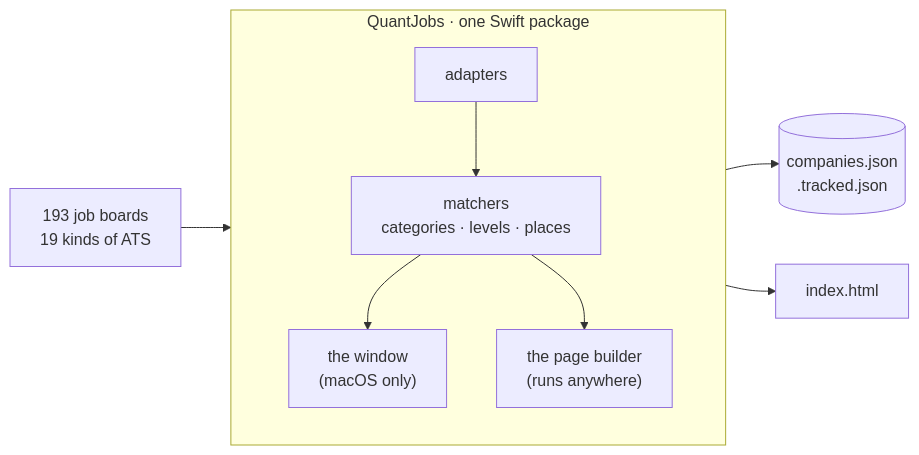
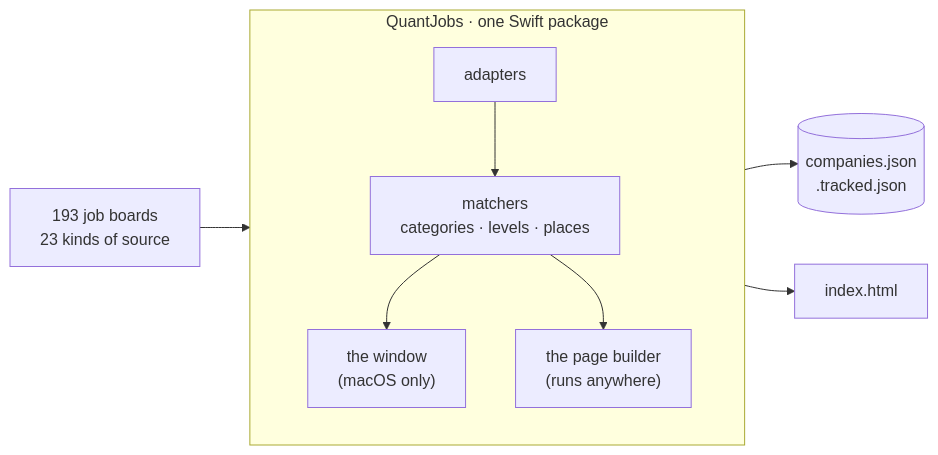
The diagram in README.md (mgman03/quantjobs), drawn with Mermaid before and after one commit. The commit also changed other lines of this file and 19 other files, not shown here.

````diff
--- a/README.md
+++ b/README.md
@@ -30,14 +49,14 @@
 ```mermaid
 flowchart LR
-    B["193 job boards<br/>19 kinds of ATS"] --> A
+    B["193 job boards<br/>23 kinds of source"] --> A
 
     subgraph A ["QuantJobs · one Swift package"]
         direction TB
         AD["adapters"] --> M["matchers<br/>categories · levels · places"]
         M --> W["the window<br/>(macOS only)"]
         M --> P["the page builder<br/>(runs anywhere)"]
     end
 
     W --> C[("companies.json<br/>.tracked.json")]
     P --> H["index.html"]
 ```
````
